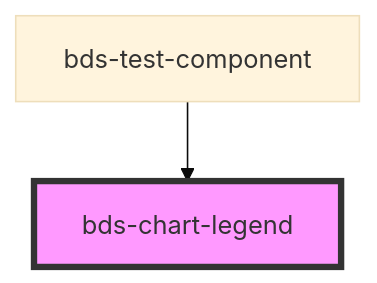
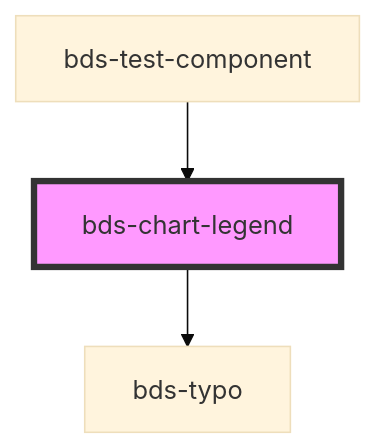
The diagram in src/components/chart/chart-legend/readme.md (takenet/blip-ds), drawn with Mermaid (base theme) before and after one commit. The commit also changed other lines of this file and 21 other files, not shown here.

First line of the commit message:
feat(chart): add line, funnel/vertical bar, heatmap examples; fix hover line and circle

````diff
--- a/src/components/chart/chart-legend/readme.md
+++ b/src/components/chart/chart-legend/readme.md
@@ -61,5 +65,6 @@
 ```mermaid
 graph TD;
+  bds-chart-legend --> bds-typo
   bds-test-component --> bds-chart-legend
   style bds-chart-legend fill:#f9f,stroke:#333,stroke-width:4px
 ```
````
